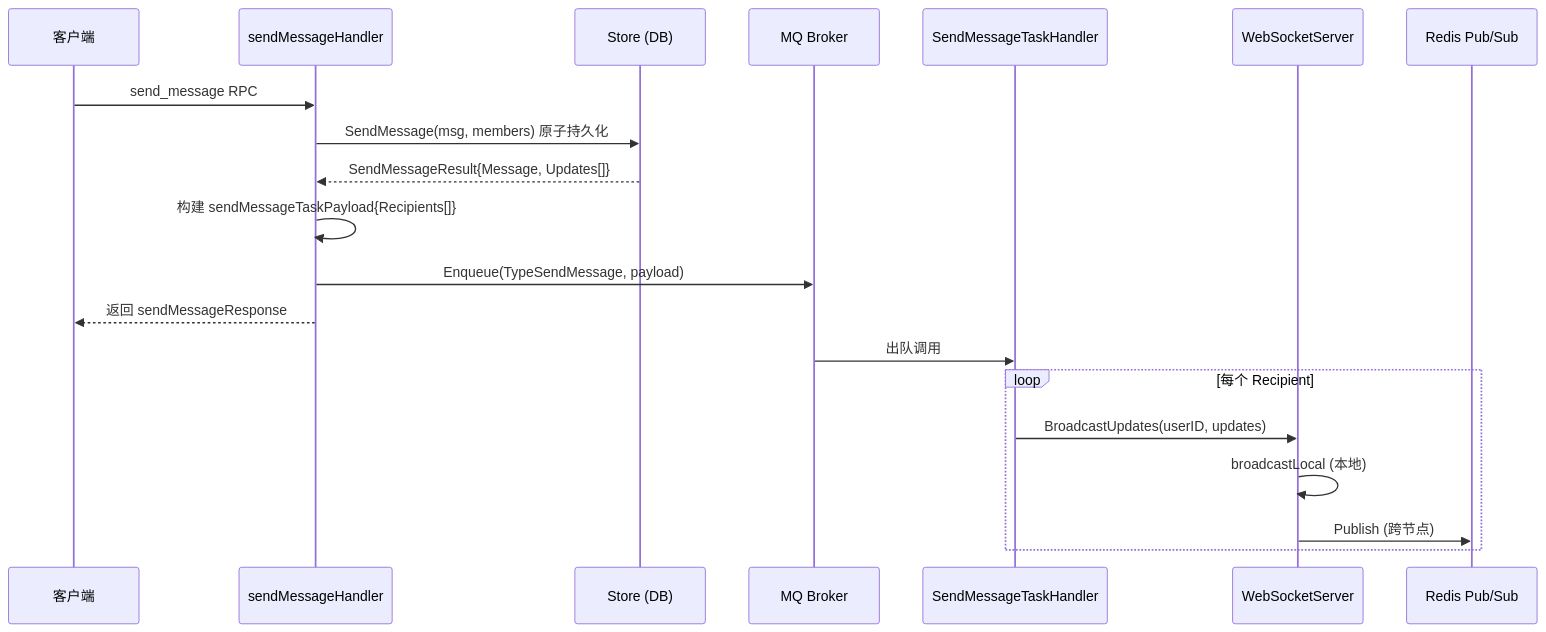
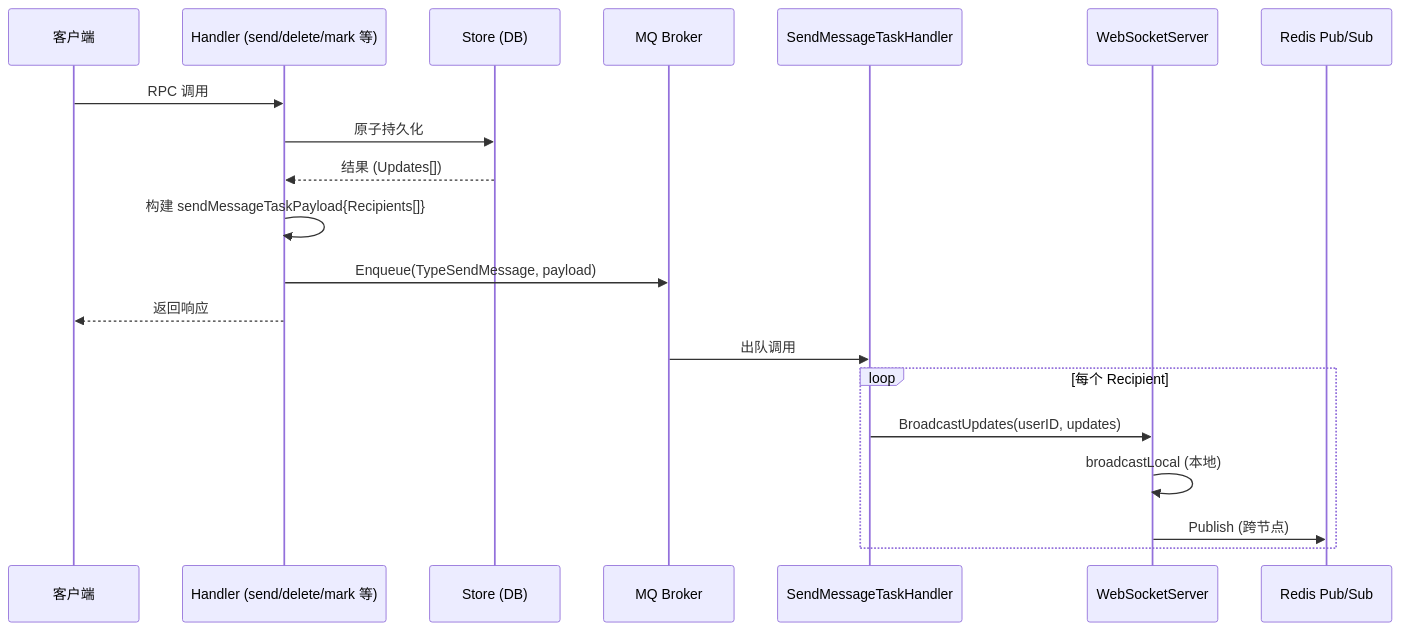
Before and after one commit to PineappleBond/xyncra-server: the fifth of 6 diagrams in wiki/flows/broadcasting.md, drawn with Mermaid. The commit also changed other lines of this file and 5 other files, not shown here.

````diff
--- a/wiki/flows/broadcasting.md
+++ b/wiki/flows/broadcasting.md
@@ -355,25 +366,25 @@
 ```mermaid
 sequenceDiagram
     participant Client as 客户端
-    participant Handler as sendMessageHandler
+    participant Handler as Handler (send/delete/mark 等)
     participant Store as Store (DB)
     participant Broker as MQ Broker
     participant TaskHandler as SendMessageTaskHandler
     participant WS as WebSocketServer
     participant Redis as Redis Pub/Sub
 
-    Client->>Handler: send_message RPC
-    Handler->>Store: SendMessage(msg, members) 原子持久化
-    Store-->>Handler: SendMessageResult{Message, Updates[]}
+    Client->>Handler: RPC 调用
+    Handler->>Store: 原子持久化
+    Store-->>Handler: 结果 (Updates[])
 
     Handler->>Handler: 构建 sendMessageTaskPayload{Recipients[]}
     Handler->>Broker: Enqueue(TypeSendMessage, payload)
-    Handler-->>Client: 返回 sendMessageResponse
+    Handler-->>Client: 返回响应
 
     Broker->>TaskHandler: 出队调用
     loop 每个 Recipient
         TaskHandler->>WS: BroadcastUpdates(userID, updates)
         WS->>WS: broadcastLocal (本地)
         WS->>Redis: Publish (跨节点)
     end
 ```
````
